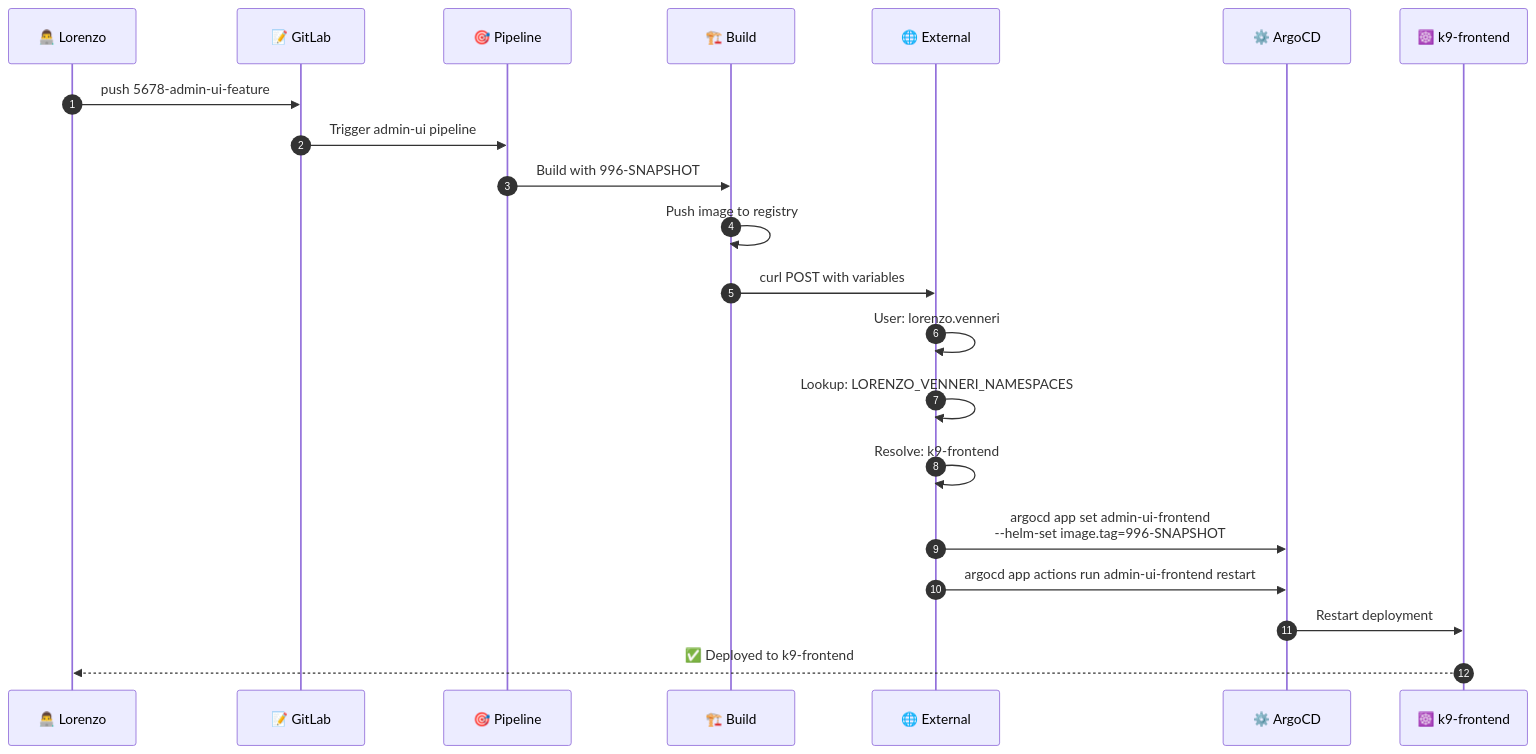
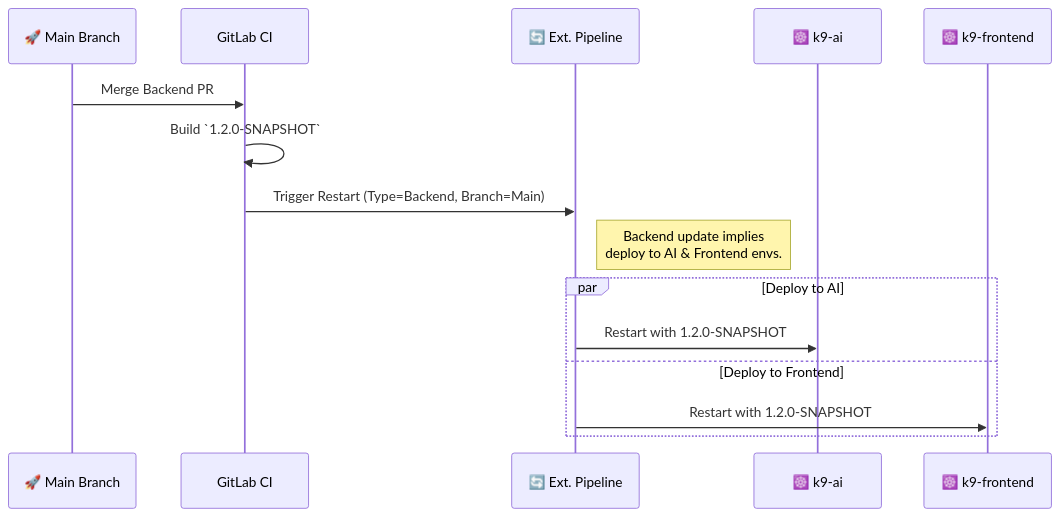
One commit to smclab/openk9 changed the second of 3 diagrams in .gitlab/README.md. Above: the diagram before and after it, drawn with Mermaid. The commit also changed other lines of this file and 5 other files, not shown here.

Commit message:
Fix downstream pipeline failure: remove redundant 'changes' rules in frontend jobs. Updated README with comprehensive technical reference (architecture & flows).

````diff
--- a/.gitlab/README.md
+++ b/.gitlab/README.md
@@ -326,24 +125,20 @@
 ```mermaid
 sequenceDiagram
-    autonumber
-    participant Lorenzo as 👨‍💻 Lorenzo
-    participant Git as 📝 GitLab
-    participant Pipeline as 🎯 Pipeline
-    participant Build as 🏗️ Build
-    participant External as 🌐 External
-    participant ArgoCD as ⚙️ ArgoCD
-    participant K8s as ☸️ k9-frontend
+    participant Main as 🚀 Main Branch
+    participant CI as GitLab CI
+    participant Ext as 🔄 Ext. Pipeline
+    participant NS_AI as ☸️ k9-ai
+    participant NS_FE as ☸️ k9-frontend
+
+    Main->>CI: Merge Backend PR
+    CI->>CI: Build `1.2.0-SNAPSHOT`
+    CI->>Ext: Trigger Restart (Type=Backend, Branch=Main)
     
-    Lorenzo->>Git: push 5678-admin-ui-feature
-    Git->>Pipeline: Trigger admin-ui pipeline
-    Pipeline->>Build: Build with 996-SNAPSHOT
-    Build->>Build: Push image to registry
-    Build->>External: curl POST with variables
-    External->>External: User: lorenzo.venneri
-    External->>External: Lookup: LORENZO_VENNERI_NAMESPACES
-    External->>External: Resolve: k9-frontend
-    External->>ArgoCD: argocd app set admin-ui-frontend<br/>--helm-set image.tag=996-SNAPSHOT
-    External->>ArgoCD: argocd app actions run admin-ui-frontend restart
-    ArgoCD->>K8s: Restart deployment
-    K8s-->>Lorenzo: ✅ Deployed to k9-frontend
+    Note right of Ext: Backend update implies<br/>deploy to AI & Frontend envs.
+    
+    par Deploy to AI
+        Ext->>NS_AI: Restart with 1.2.0-SNAPSHOT
+    and Deploy to Frontend
+        Ext->>NS_FE: Restart with 1.2.0-SNAPSHOT
+    end
 ```
````
